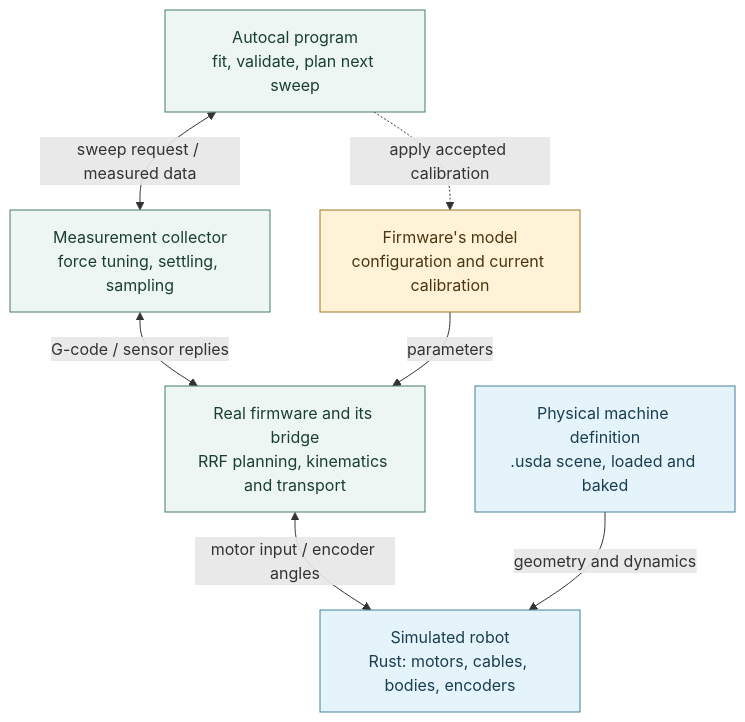
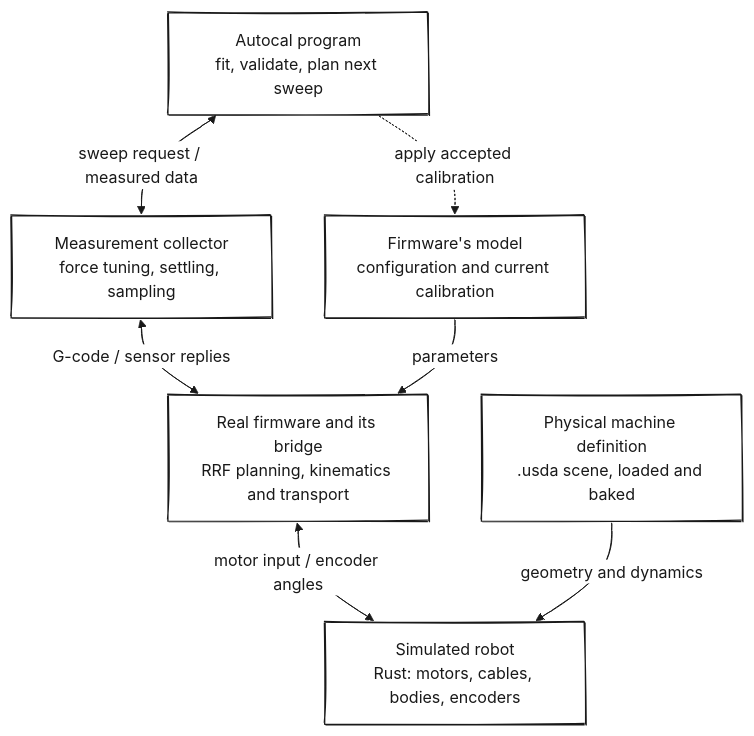
Before and after one commit to tobbelobb/tbear_blogg: the diagram in blog/2026/bilder/hp-sim5-firmware-experiment.mmd, drawn with Mermaid. The commit also changed 6 other files, not shown here.

Commit message:
Changes style of diagrams

```diff
--- a/blog/2026/bilder/hp-sim5-firmware-experiment.mmd
+++ b/blog/2026/bilder/hp-sim5-firmware-experiment.mmd
@@ -1,24 +1,32 @@
+---
+config:
+  look: handDrawn
+  handDrawnSeed: 41
+  theme: base
+  fontFamily: 'Chilanka, Comic Sans MS, cursive'
+  themeVariables:
+    primaryColor: '#ffffff'
+    primaryTextColor: '#191919'
+    primaryBorderColor: '#191919'
+    lineColor: '#191919'
+    clusterBkg: '#ffffff'
+    clusterBorder: '#191919'
+    edgeLabelBackground: '#ffffff'
+---
 flowchart TB
     accTitle: The firmware, physics and calibration loop inside hp-sim5
     accDescr: The autocal program requests sweeps from a measurement collector. Real host-built RepRapFirmware and its bridge turn G-code into motor input for Rust physics, then return observed encoder angles to the collector. Accepted calibration updates the firmware model. The separate USD scene defines the physical machine used in the experiment.
 
     auto["Autocal program<br/>fit, validate, plan next sweep"]
     collector["Measurement collector<br/>force tuning, settling, sampling"]
     firmware["Real firmware and its bridge<br/>RRF planning, kinematics and transport"]
     physics["Simulated robot<br/>Rust: motors, cables, bodies, encoders"]
     model["Firmware's model<br/>configuration and current calibration"]
     machine["Physical machine definition<br/>.usda scene, loaded and baked"]
 
     auto <-->|sweep request / measured data| collector
     collector <-->|G-code / sensor replies| firmware
     firmware <-->|motor input / encoder angles| physics
     model -->|parameters| firmware
     machine -->|geometry and dynamics| physics
     auto -. apply accepted calibration .-> model
-
-    classDef software fill:#edf6f3,stroke:#477d6c,color:#193f34
-    classDef model fill:#fff2d6,stroke:#9e792b,color:#493710
-    classDef physical fill:#e5f3fa,stroke:#42809b,color:#193f50
-    class auto,collector,firmware software
-    class model model
-    class machine,physics physical
```
